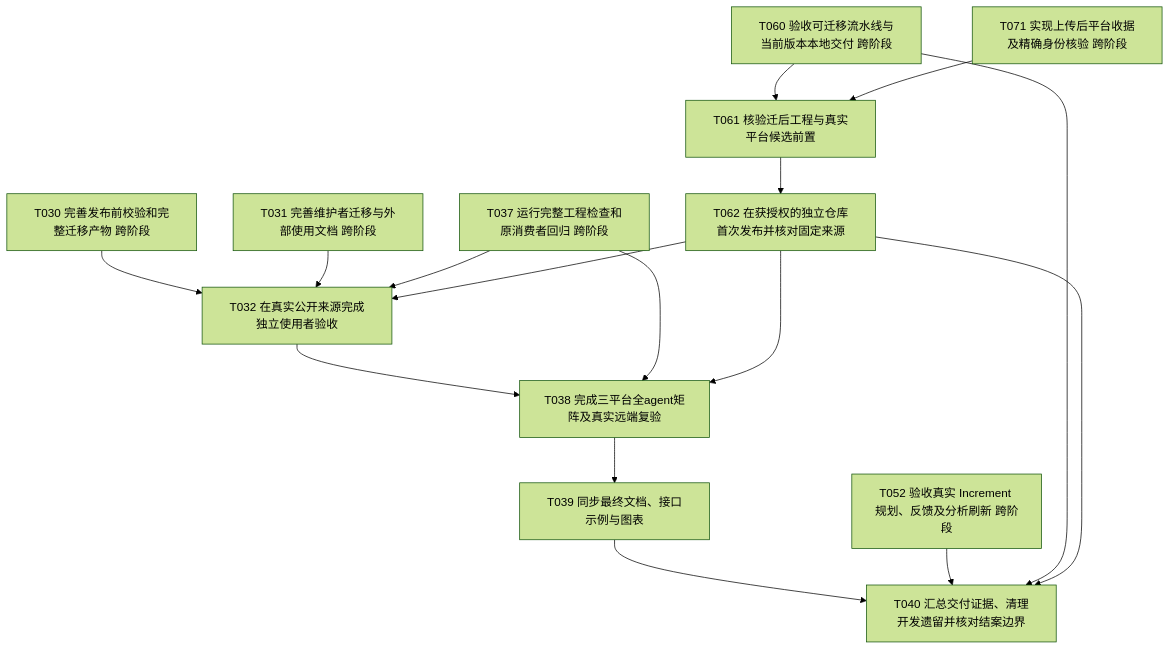
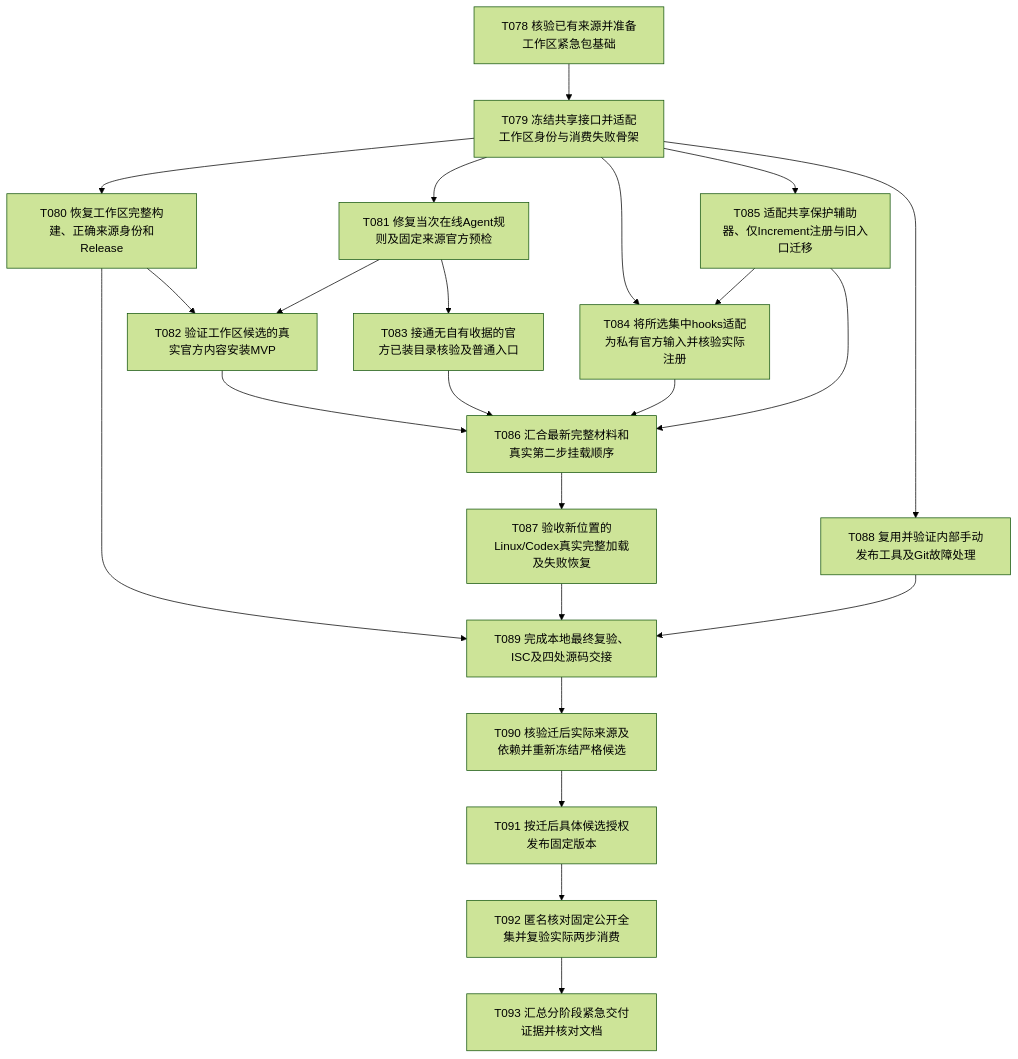
Before and after one commit to Ena-Heleneto/agent-foundry: the third of 3 diagrams in specs/skills/001-skills-distribution/diagrams/logic-flow.md, drawn with Mermaid (forest theme). The commit also changed other lines of this file and 78 other files, not shown here.

````diff
--- a/specs/skills/001-skills-distribution/diagrams/logic-flow.md
+++ b/specs/skills/001-skills-distribution/diagrams/logic-flow.md
@@ -392,30 +225,41 @@
 ```mermaid
 flowchart TD
-    T061["T061 核验迁后工程与真实平台候选前置"]
-    T062["T062 在获授权的独立仓库首次发布并核对固定来源"]
-    T032["T032 在真实公开来源完成独立使用者验收"]
-    T038["T038 完成三平台全agent矩阵及真实远端复验"]
-    T039["T039 同步最终文档、接口示例与图表"]
-    T040["T040 汇总交付证据、清理开发遗留并核对结案边界"]
-    T030["T030 完善发布前校验和完整迁移产物 跨阶段"]
-    T031["T031 完善维护者迁移与外部使用文档 跨阶段"]
-    T037["T037 运行完整工程检查和原消费者回归 跨阶段"]
-    T052["T052 验收真实 Increment 规划、反馈及分析刷新 跨阶段"]
-    T060["T060 验收可迁移流水线与当前版本本地交付 跨阶段"]
-    T071["T071 实现上传后平台收据及精确身份核验 跨阶段"]
-    T060 --> T061
-    T071 --> T061
-    T061 --> T062
-    T030 --> T032
-    T031 --> T032
-    T037 --> T032
-    T062 --> T032
-    T032 --> T038
-    T037 --> T038
-    T062 --> T038
-    T038 --> T039
-    T039 --> T040
-    T052 --> T040
-    T060 --> T040
-    T062 --> T040
+    T078["T078 核验已有来源并准备工作区紧急包基础"]
+    T079["T079 冻结共享接口并适配工作区身份与消费失败骨架"]
+    T080["T080 恢复工作区完整构建、正确来源身份和Release"]
+    T081["T081 修复当次在线Agent规则及固定来源官方预检"]
+    T082["T082 验证工作区候选的真实官方内容安装MVP"]
+    T083["T083 接通无自有收据的官方已装目录核验及普通入口"]
+    T084["T084 将所选集中hooks适配为私有官方输入并核验实际注册"]
+    T085["T085 适配共享保护辅助器、仅Increment注册与旧入口迁移"]
+    T086["T086 汇合最新完整材料和真实第二步挂载顺序"]
+    T087["T087 验收新位置的Linux/Codex真实完整加载及失败恢复"]
+    T088["T088 复用并验证内部手动发布工具及Git故障处理"]
+    T089["T089 完成本地最终复验、ISC及四处源码交接"]
+    T090["T090 核验迁后实际来源及依赖并重新冻结严格候选"]
+    T091["T091 按迁后具体候选授权发布固定版本"]
+    T092["T092 匿名核对固定公开全集并复验实际两步消费"]
+    T093["T093 汇总分阶段紧急交付证据并核对文档"]
+    T078 --> T079
+    T079 --> T080
+    T079 --> T081
+    T080 --> T082
+    T081 --> T082
+    T081 --> T083
+    T079 --> T084
+    T085 --> T084
+    T079 --> T085
+    T082 --> T086
+    T083 --> T086
+    T084 --> T086
+    T085 --> T086
+    T086 --> T087
+    T079 --> T088
+    T080 --> T089
+    T087 --> T089
+    T088 --> T089
+    T089 --> T090
+    T090 --> T091
+    T091 --> T092
+    T092 --> T093
 ```
````
